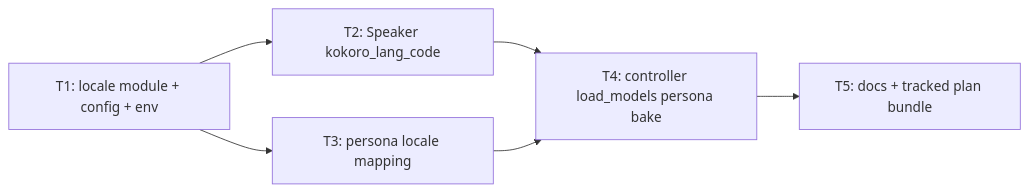
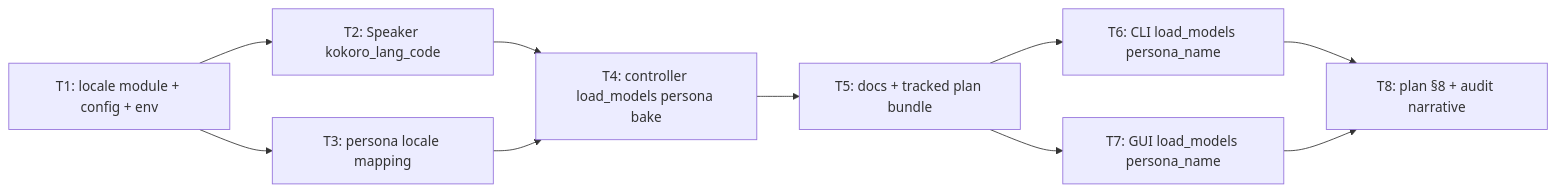
One commit to naaas94/heckler changed the first of 2 diagrams in .dev/plans/locale-lang-propagation/plan.md. Above: the diagram before and after it, drawn with Mermaid. The commit also changed other lines of this file and 4 other files, not shown here.

Commit message:
T8: commit plan v1.2.0 §8 closure and amendment audit cross-link.

````diff
--- a/.dev/plans/locale-lang-propagation/plan.md
+++ b/.dev/plans/locale-lang-propagation/plan.md
@@ -70,14 +72,21 @@
 ```mermaid
 graph LR
     T1["T1: locale module + config + env"]
     T2["T2: Speaker kokoro_lang_code"]
     T3["T3: persona locale mapping"]
     T4["T4: controller load_models persona bake"]
     T5["T5: docs + tracked plan bundle"]
+    T6["T6: CLI load_models persona_name"]
+    T7["T7: GUI load_models persona_name"]
+    T8["T8: plan §8 + audit narrative"]
 
     T1 --> T2
     T1 --> T3
     T2 --> T4
     T3 --> T4
     T4 --> T5
+    T5 --> T6
+    T5 --> T7
+    T6 --> T8
+    T7 --> T8
 ```
````
